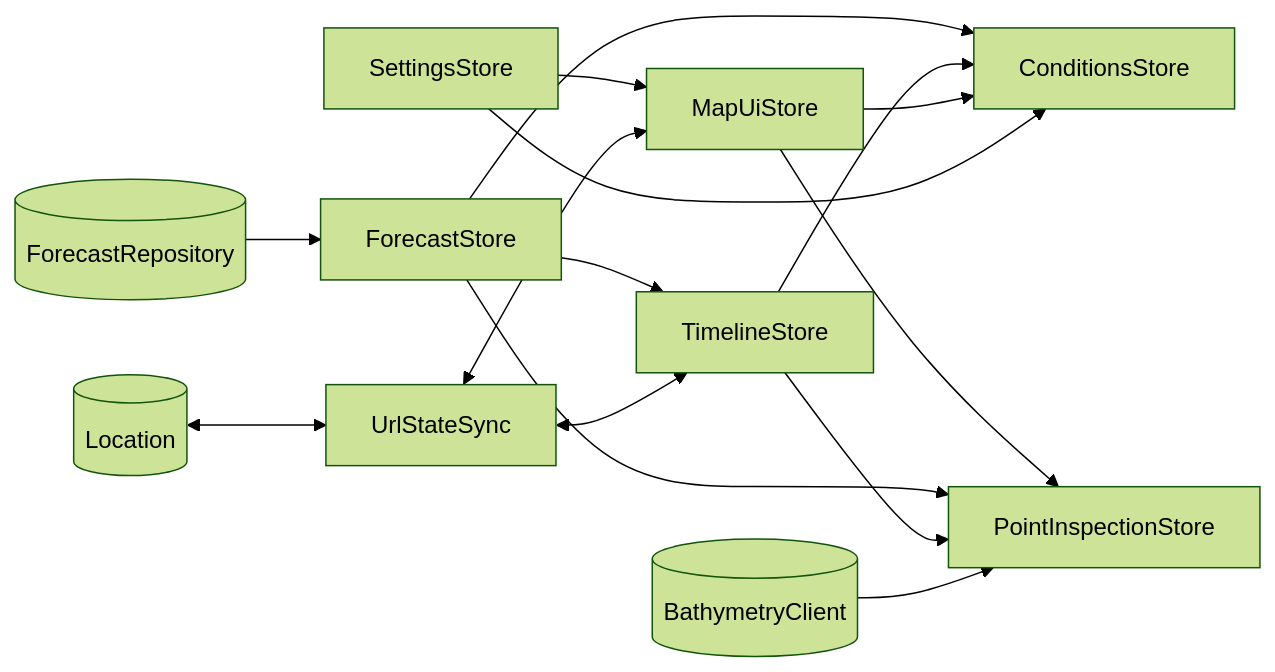
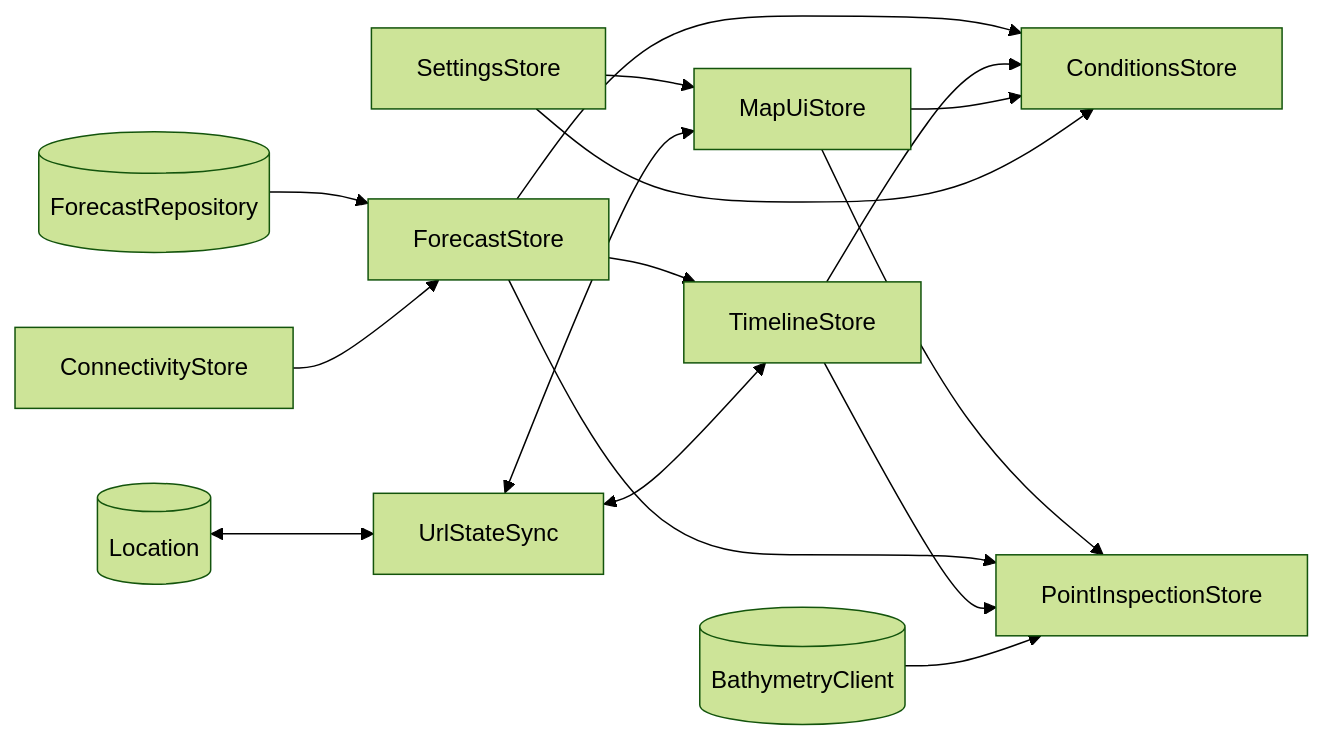
One commit to jamesablue/glassy changed the diagram in src/app/state/README.md. Above: the diagram before and after it, drawn with Mermaid (forest theme). The commit also changed other lines of this file and 5 other files, not shown here.

````diff
--- a/src/app/state/README.md
+++ b/src/app/state/README.md
@@ -22,17 +23,18 @@
 ```mermaid
 graph LR
   repo[(ForecastRepository)] --> forecast[ForecastStore]
+  connectivity[ConnectivityStore] --> forecast
   forecast --> timeline[TimelineStore]
   settings[SettingsStore] --> mapUi[MapUiStore]
   forecast --> conditions[ConditionsStore]
   timeline --> conditions
   mapUi --> conditions
   settings --> conditions
   url[UrlStateSync] <--> mapUi
   url <--> timeline
   location[(Location)] <--> url
   mapUi --> inspection[PointInspectionStore]
   forecast --> inspection
   timeline --> inspection
   bathymetry[(BathymetryClient)] --> inspection
 ```
````
